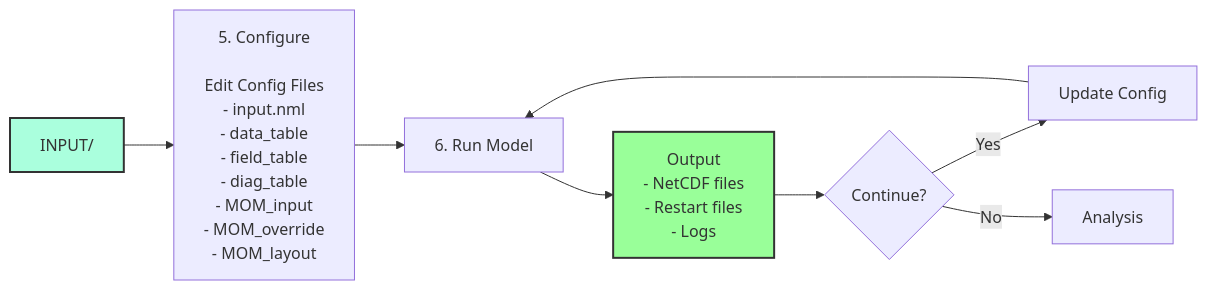
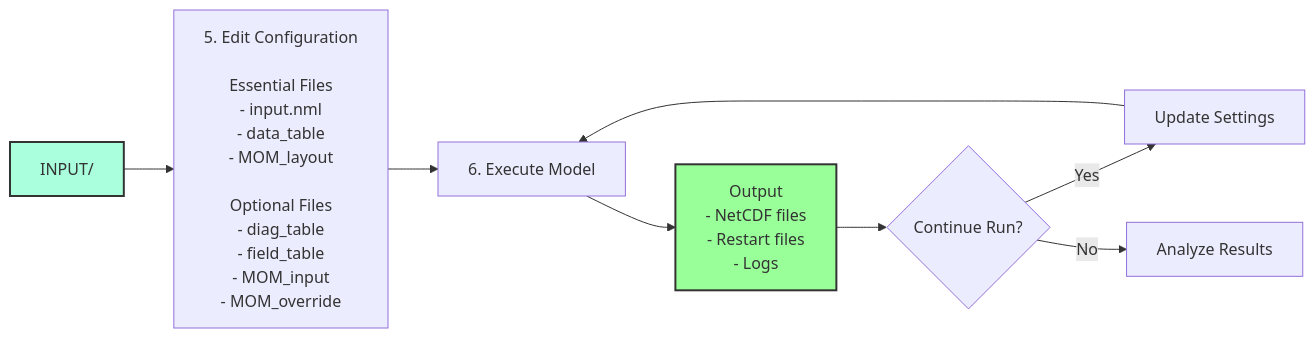
Before and after one commit to dksasaki/MOM6_COBALT_NEUS25: the second of 2 diagrams in exps/NEUS25.COBALT/README2.md, drawn with Mermaid. The commit also changed other lines of this file, not shown here.

````diff
--- a/exps/NEUS25.COBALT/README2.md
+++ b/exps/NEUS25.COBALT/README2.md
@@ -33,17 +32,15 @@
 ```mermaid
 flowchart LR
-    A[INPUT/] --> B[5. Configure <br/> <br/> Edit Config Files<br/>- input.nml<br/>- data_table<br/>- field_table<br/>- diag_table<br/>- MOM_input<br/>- MOM_override<br/>- MOM_layout]
+    A[INPUT/] --> B[5. Edit Configuration <br/> <br/> Essential Files<br/>- input.nml<br/>- data_table<br/>- MOM_layout<br/> <br/>Optional Files<br/>- diag_table<br/>- field_table<br/>- MOM_input<br/>- MOM_override]
     
-    %% B --> C[Edit Config Files<br/>- input.nml<br/>- MOM_input<br/>- MOM_override<br/>- MOM_layout]
-    
-    B --> D[6. Run Model]
+    B --> D[6. Execute Model]
     D --> E[Output<br/>- NetCDF files<br/>- Restart files<br/>- Logs]
     
-    E --> F{Continue?}
-    F -->|Yes| G[Update Config]
+    E --> F{Continue Run?}
+    F -->|Yes| G[Update Settings]
     G --> D
-    F -->|No| H[Analysis]
+    F -->|No| H[Analyze Results]
     
     style A fill:#afd,stroke:#333,stroke-width:2px
     style E fill:#9f9,stroke:#333,stroke-width:2px
 ```
````
